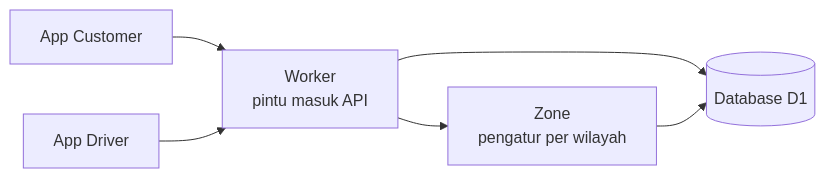
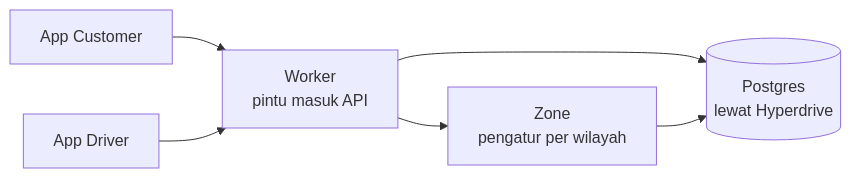
Before and after one commit to ibnumusyaffa/ridehail-cloudflare: the first of 2 diagrams in ARCHITECTURE.md, drawn with Mermaid. The commit also changed other lines of this file and 36 other files, not shown here.

````diff
--- a/ARCHITECTURE.md
+++ b/ARCHITECTURE.md
@@ -7,8 +7,8 @@
 ```mermaid
 flowchart LR
   C[App Customer] --> W
   D[App Driver] --> W
   W[Worker<br/>pintu masuk API] --> Z[Zone<br/>pengatur per wilayah]
-  W --> DB[(Database D1)]
+  W --> DB[(Postgres<br/>lewat Hyperdrive)]
   Z --> DB
 ```
````
